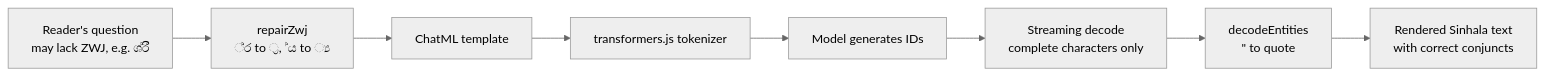
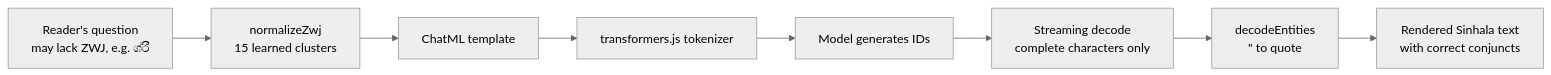
The second of 6 diagrams in docs/sinhalalm-browser-proposal.md (sinsankio/sinhalalm-offline), drawn with Mermaid (neutral theme) before and after one commit. The commit also changed other lines of this file and 3 other files, not shown here.

````diff
--- a/docs/sinhalalm-browser-proposal.md
+++ b/docs/sinhalalm-browser-proposal.md
@@ -163,10 +163,10 @@
 ```mermaid
 flowchart LR
-  U["Reader's question<br/>may lack ZWJ, e.g. ශ්රී"] --> R["repairZwj<br/>්ර to ්‍ර, ්ය to ්‍ය"]
+  U["Reader's question<br/>may lack ZWJ, e.g. ශ්රී"] --> R["normalizeZwj<br/>15 learned clusters"]
   R --> T["ChatML template"]
   T --> ENC["transformers.js tokenizer"]
   ENC --> M["Model generates IDs"]
   M --> DEC["Streaming decode<br/>complete characters only"]
   DEC --> HE["decodeEntities<br/>&quot; to quote"]
   HE --> OUT["Rendered Sinhala text<br/>with correct conjuncts"]
 ```
````
